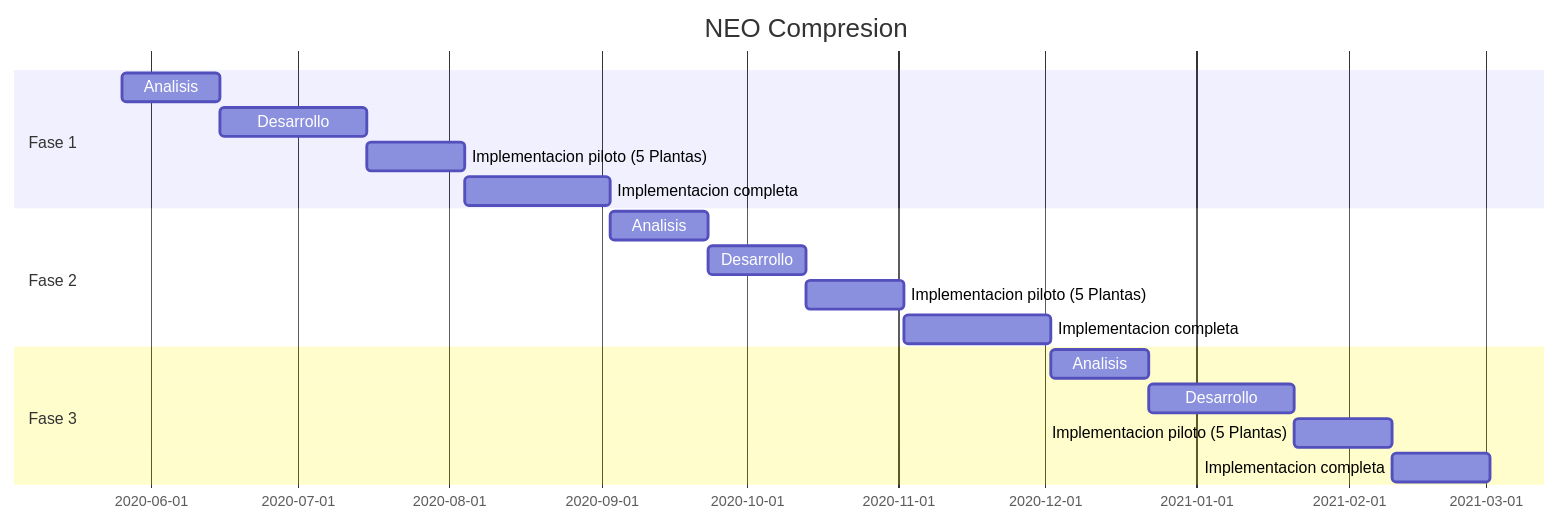
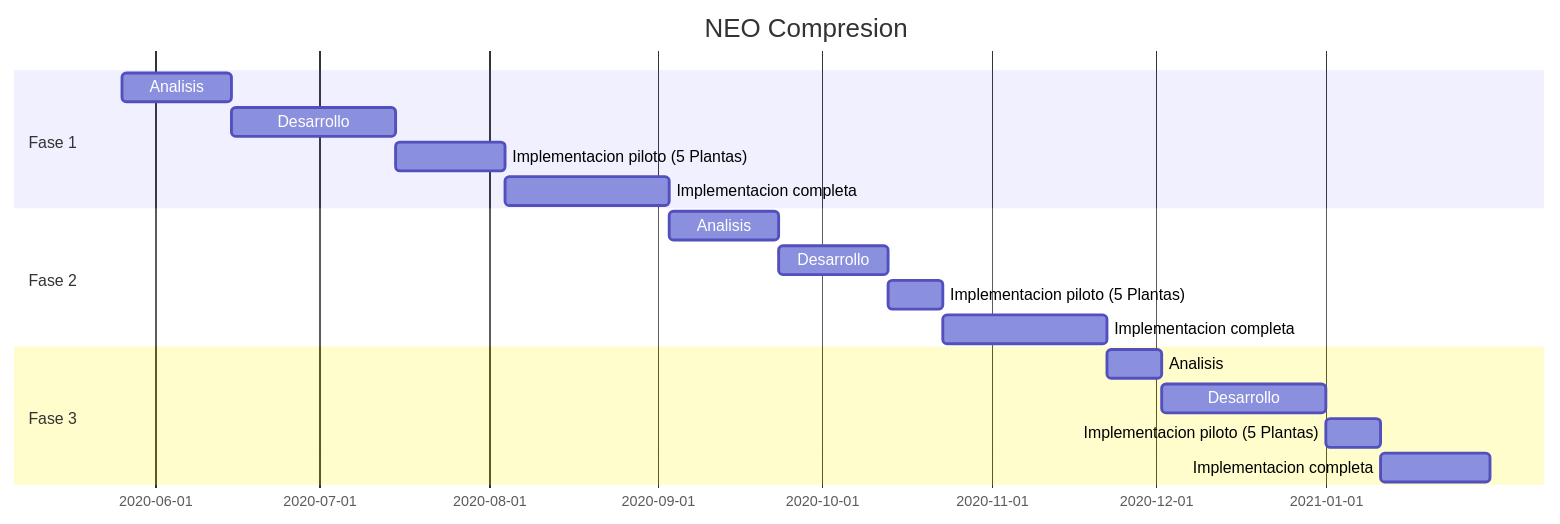
The diagram in NEO - Compresion.md (festavillo/neo-cp), drawn with Mermaid before and after one commit. The commit also changed other lines of this file, not shown here.

Commit message:
NEO - Compresion.md updated from https://stackedit.io/

````diff
--- a/NEO - Compresion.md
+++ b/NEO - Compresion.md
@@ -25,23 +25,23 @@
 ```mermaid
 gantt
     title NEO Compresion
     dateFormat  YYYY-MM-DD
     section Fase 1
     Analisis           :a1, 2020-05-26, 20d
     Desarrollo         :a2, after a1, 30d
     Implementacion piloto (5 Plantas)     :a3, after a2  , 20d
     Implementacion completa     :a4, after a3  , 30d
 
     section Fase 2
     Analisis           :a5, after a4 , 20d
     Desarrollo         :a6, after a5, 20d
-    Implementacion piloto (5 Plantas)     :a7, after a6  , 20d
+    Implementacion piloto (5 Plantas)     :a7, after a6  , 10d
     Implementacion completa     :a8, after a7  , 30d
 
 section Fase 3
-    Analisis           :a9, after a8 , 20d
+    Analisis           :a9, after a8 , 10d
     Desarrollo         :a10, after a9, 30d
-    Implementacion piloto (5 Plantas)     :a11, after a10  , 20d
+    Implementacion piloto (5 Plantas)     :a11, after a10  , 10d
     Implementacion completa     :a12, after a11  , 20d
 
 ```
````
